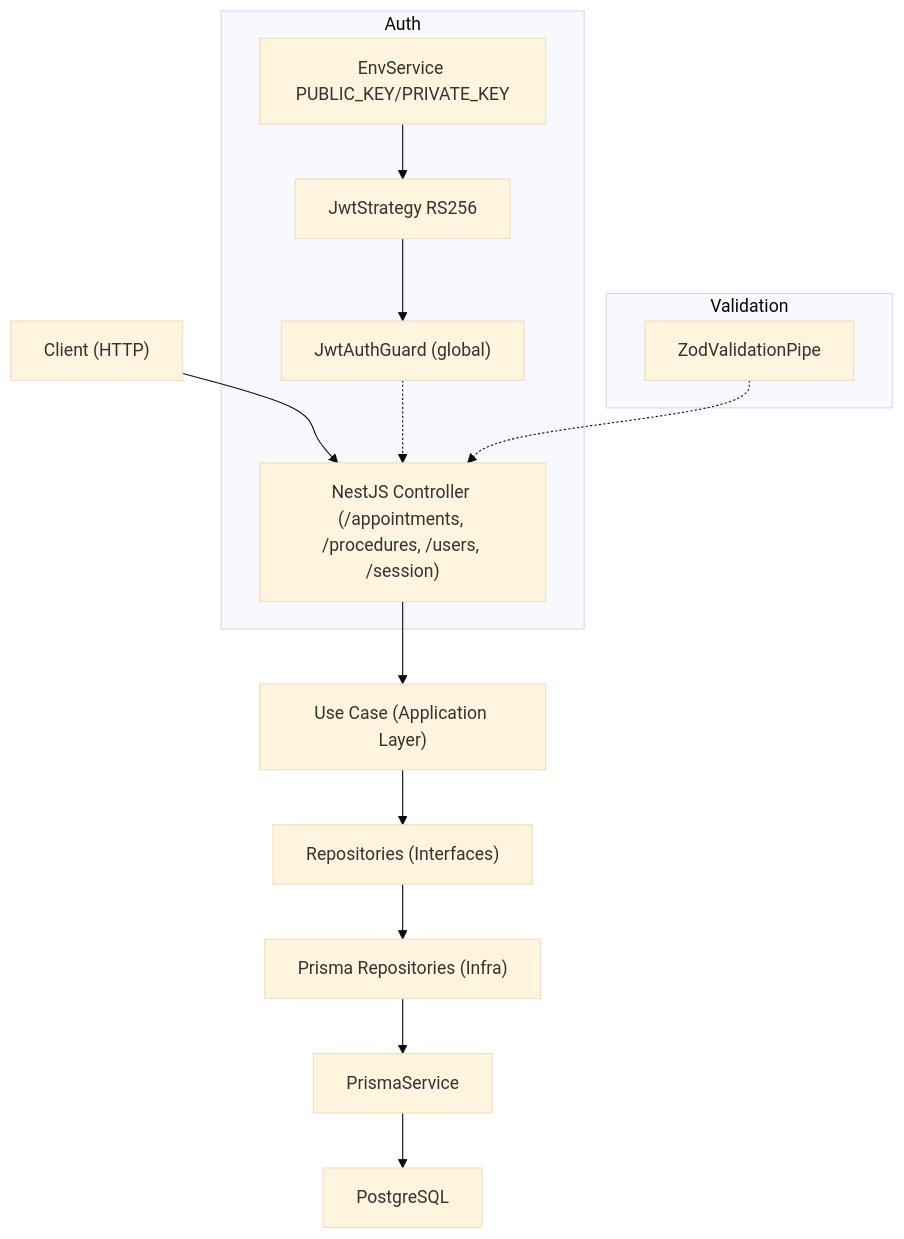
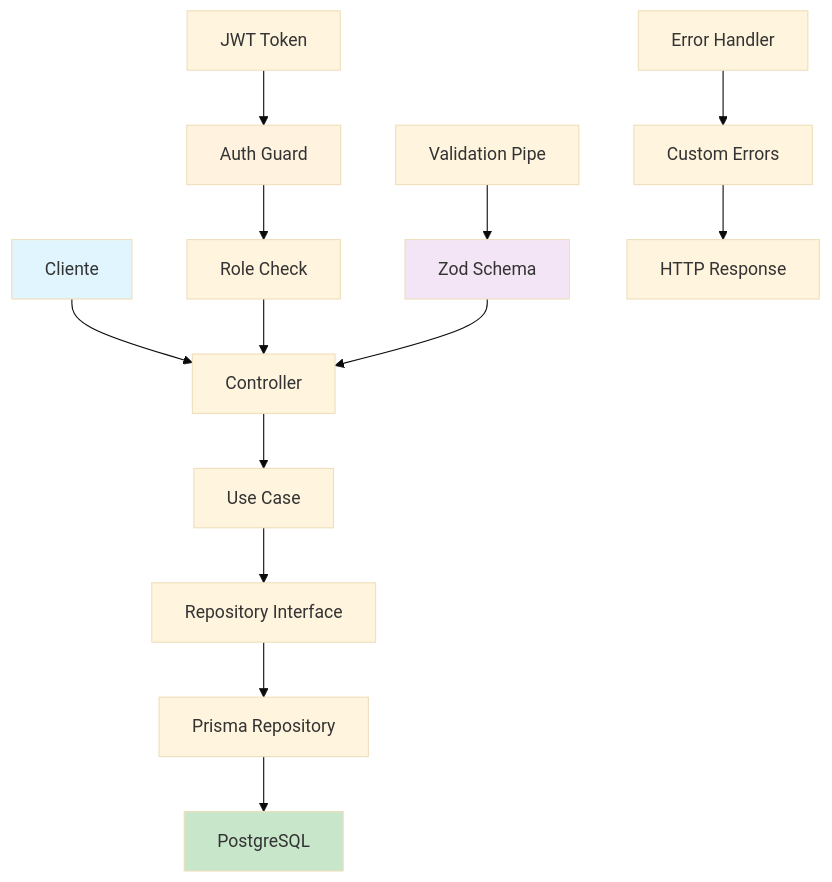
One commit to OtavioCollere/clinic-api- changed the diagram in README.md. Above: the diagram before and after it, drawn with Mermaid (base theme). The commit also changed other lines of this file and 7 other files, not shown here.

````diff
--- a/README.md
+++ b/README.md
@@ -68,19 +124,23 @@
 ```mermaid
 graph TD
-  A["Client (HTTP)"] --> B["NestJS Controller (/appointments, /procedures, /users, /session)"]
-  B --> C["Use Case (Application Layer)"]
-  C --> D["Repositories (Interfaces)"]
-  D --> E["Prisma Repositories (Infra)"]
-  E --> F["PrismaService"]
-  F --> G["PostgreSQL"]
+    A[Cliente] --> B[Controller]
+    B --> C[Use Case]
+    C --> D[Repository Interface]
+    D --> E[Prisma Repository]
+    E --> F[PostgreSQL]
 
-  subgraph "Auth"
-    H["JwtAuthGuard (global)"] -.-> B
-    I["JwtStrategy RS256"] --> H
-    J["EnvService PUBLIC_KEY/PRIVATE_KEY"] --> I
-  end
+    G[JWT Token] --> H[Auth Guard]
+    H --> I[Role Check]
+    I --> B
 
-  subgraph "Validation"
-    K["ZodValidationPipe"] -.-> B
-  end
+    J[Validation Pipe] --> K[Zod Schema]
+    K --> B
+
+    L[Error Handler] --> M[Custom Errors]
+    M --> N[HTTP Response]
+
+    style A fill:#e1f5fe
+    style F fill:#c8e6c9
+    style H fill:#fff3e0
+    style K fill:#f3e5f5
 ```
````
